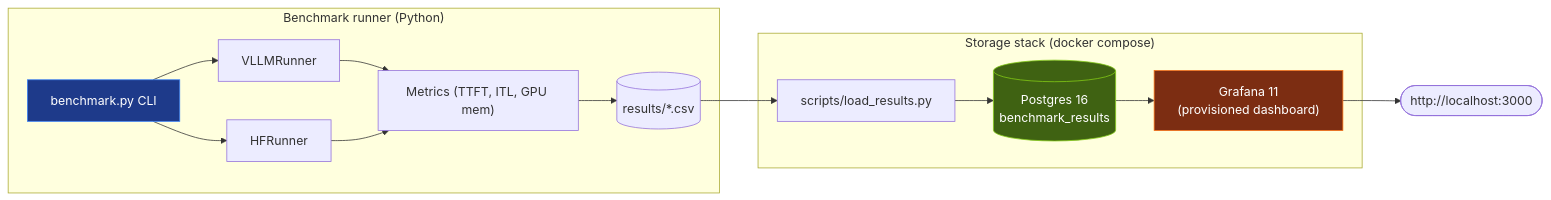
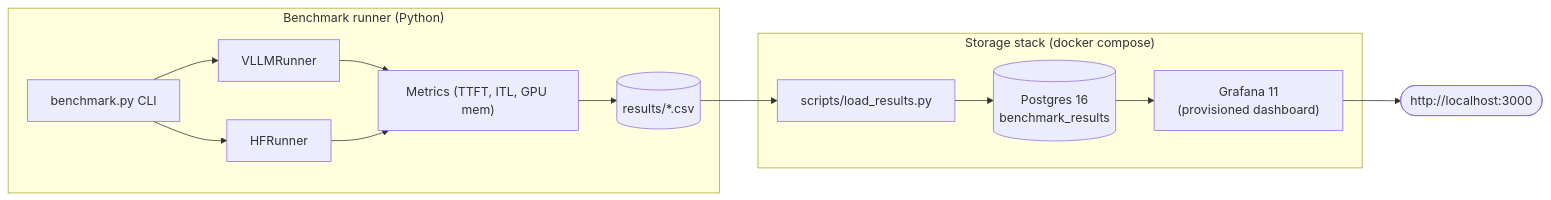
One commit to danish7x7/llm-inference-bench changed the diagram in README.md. Above: the diagram before and after it, drawn with Mermaid. The commit also changed other lines of this file and 3 other files, not shown here.

````diff
--- a/README.md
+++ b/README.md
@@ -65,21 +103,17 @@
 ```mermaid
 flowchart LR
     subgraph "Benchmark runner (Python)"
       CLI["benchmark.py CLI"]
       CLI --> R1["VLLMRunner"] --> M1["Metrics (TTFT, ITL, GPU mem)"]
       CLI --> R2["HFRunner"]    --> M1
       M1 --> CSV[("results/*.csv")]
     end
 
     subgraph "Storage stack (docker compose)"
       CSV --> ING["scripts/load_results.py"]
       ING --> PG[("Postgres 16<br/>benchmark_results")]
       PG  --> GF["Grafana 11<br/>(provisioned dashboard)"]
     end
 
     GF --> USER(["http://localhost:3000"])
-
-    style CLI fill:#1e3a8a,stroke:#3b82f6,color:#fff
-    style PG  fill:#3f6212,stroke:#84cc16,color:#fff
-    style GF  fill:#7c2d12,stroke:#f97316,color:#fff
 ```
````
